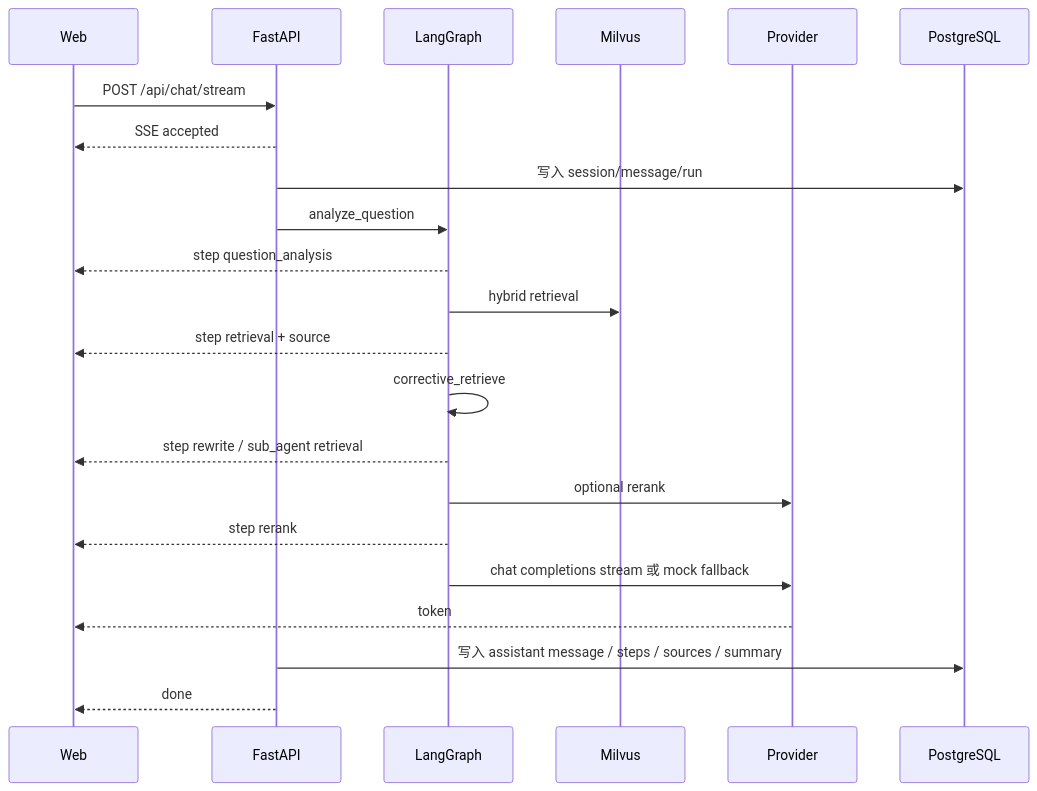
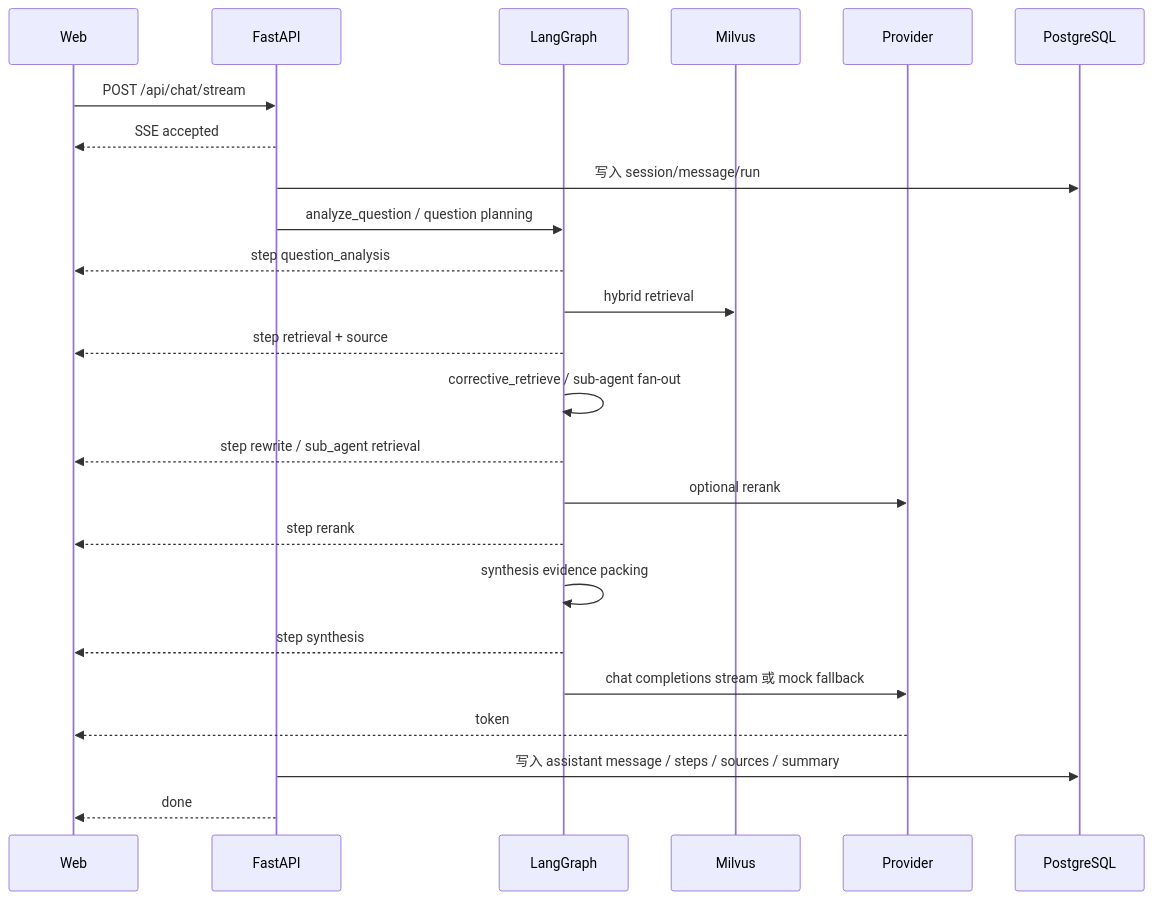
The second of 2 diagrams in ARCHITECTURE.md (SimpLe-L/chat-bot), drawn with Mermaid before and after one commit. The commit also changed other lines of this file and 17 other files, not shown here.

````diff
--- a/ARCHITECTURE.md
+++ b/ARCHITECTURE.md
@@ -71,25 +73,27 @@
 ```mermaid
 sequenceDiagram
   participant W as Web
   participant A as FastAPI
   participant G as LangGraph
   participant M as Milvus
   participant P as Provider
   participant DB as PostgreSQL
 
   W->>A: POST /api/chat/stream
   A-->>W: SSE accepted
   A->>DB: 写入 session/message/run
-  A->>G: analyze_question
+  A->>G: analyze_question / question planning
   G-->>W: step question_analysis
   G->>M: hybrid retrieval
   G-->>W: step retrieval + source
-  G->>G: corrective_retrieve
+  G->>G: corrective_retrieve / sub-agent fan-out
   G-->>W: step rewrite / sub_agent retrieval
   G->>P: optional rerank
   G-->>W: step rerank
+  G->>G: synthesis evidence packing
+  G-->>W: step synthesis
   G->>P: chat completions stream 或 mock fallback
   P-->>W: token
   A->>DB: 写入 assistant message / steps / sources / summary
   A-->>W: done
 ```
````
